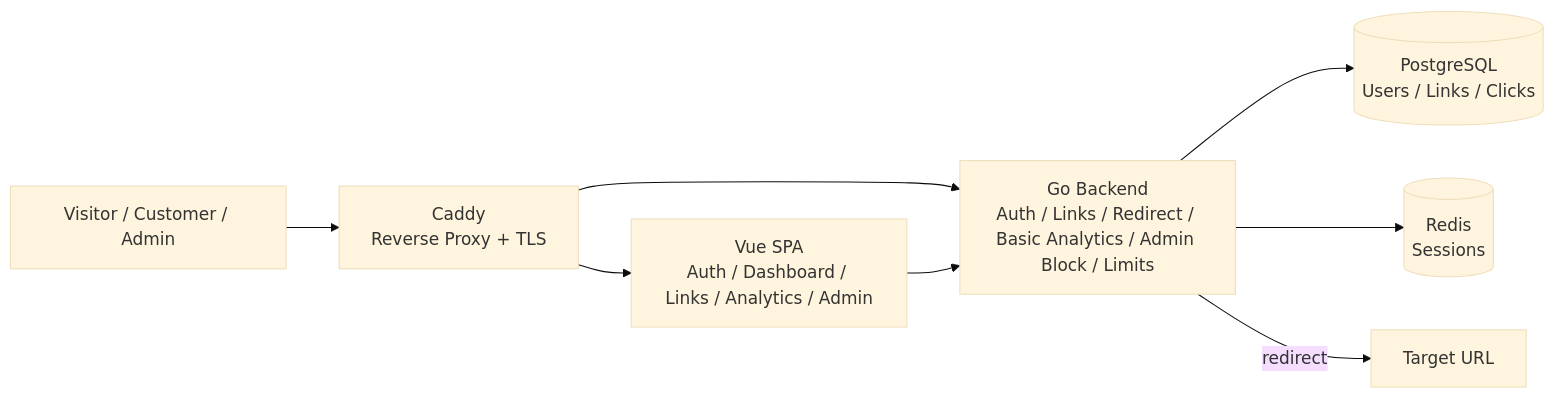
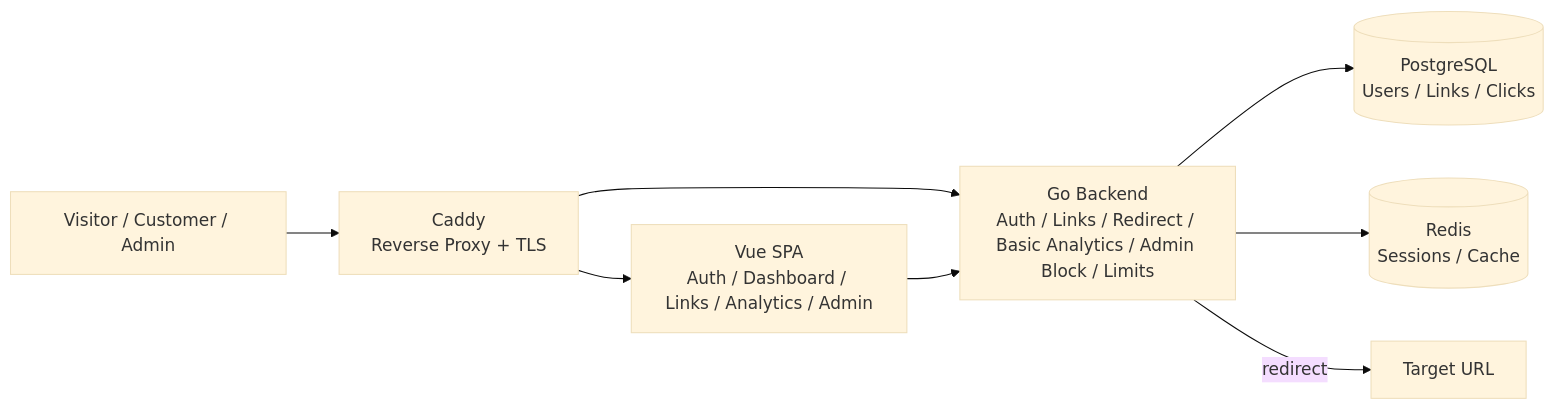
One commit to k3llone/TrackLink changed the second of 2 diagrams in docs/architecture-scheme.md. Above: the diagram before and after it, drawn with Mermaid (base theme). The commit also changed 33 other files, not shown here.

````diff
--- a/docs/architecture-scheme.md
+++ b/docs/architecture-scheme.md
@@ -35,20 +35,20 @@
 ```mermaid
 flowchart LR
     User[Visitor / Customer / Admin]
     Caddy[Caddy<br/>Reverse Proxy + TLS]
     Frontend[Vue SPA<br/>Auth / Dashboard / Links / Analytics / Admin]
     Backend[Go Backend<br/>Auth / Links / Redirect / Basic Analytics / Admin Block / Limits]
     Postgres[(PostgreSQL<br/>Users / Links / Clicks)]
-    Redis[(Redis<br/>Sessions)]
+    Redis[(Redis<br/>Sessions / Cache)]
     Target[Target URL]
 
     User --> Caddy
     Caddy --> Frontend
     Caddy --> Backend
 
     Frontend --> Backend
 
     Backend --> Postgres
     Backend --> Redis
     Backend -->|redirect| Target
 ```
````
